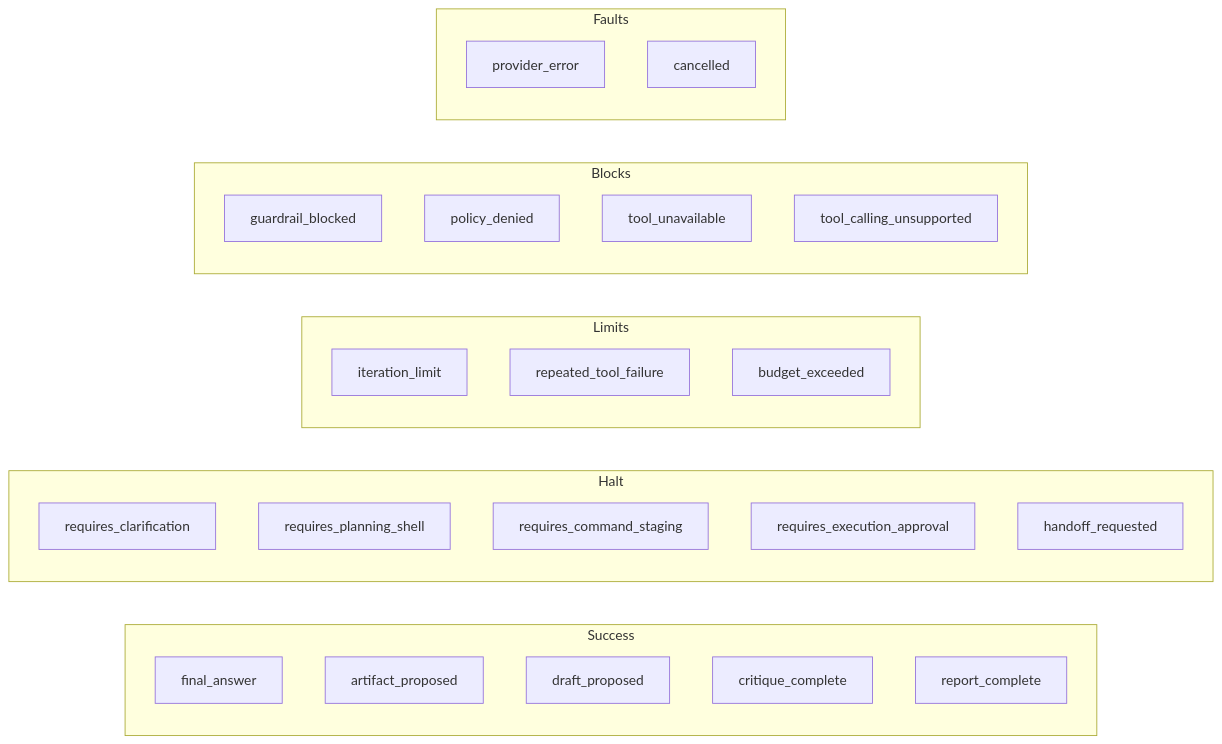
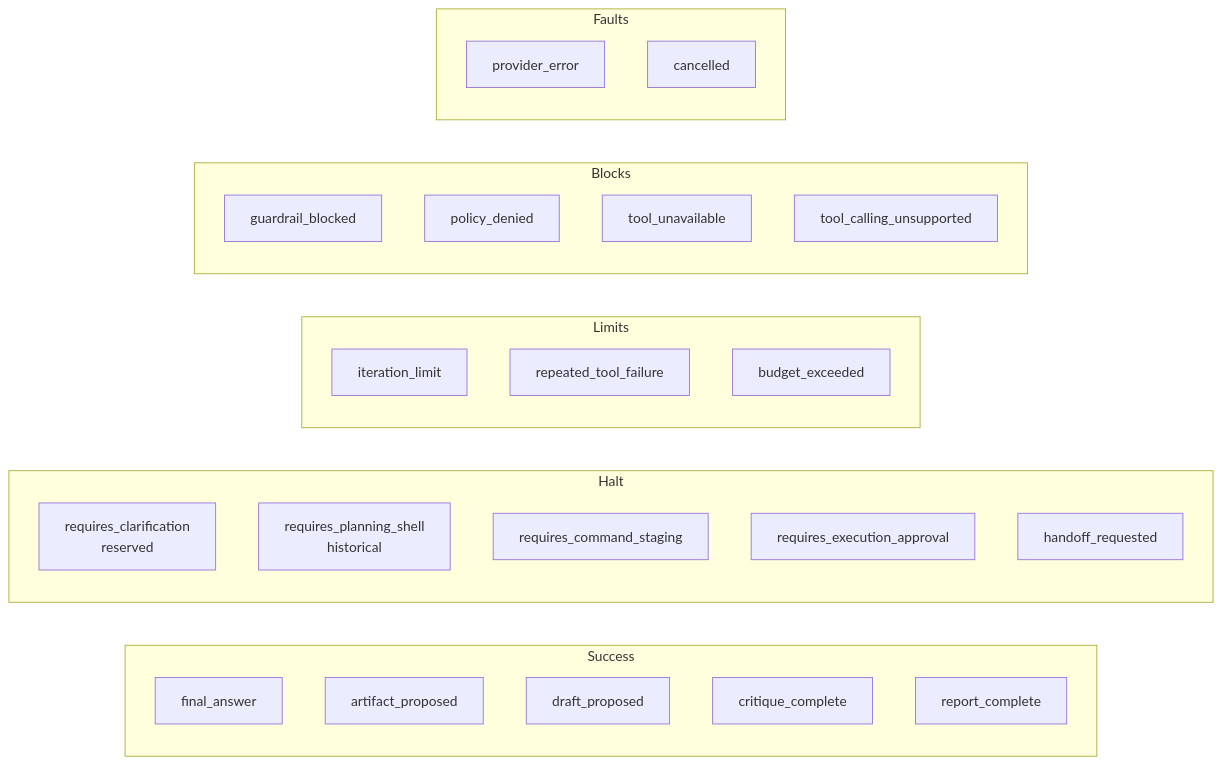
Before and after one commit to vardan6/uxv-agent: the fifth of 8 diagrams in docs/components/ai-agent/design/graph-spec.md, drawn with Mermaid. The commit also changed other lines of this file and 42 other files, not shown here.

````diff
--- a/docs/components/ai-agent/design/graph-spec.md
+++ b/docs/components/ai-agent/design/graph-spec.md
@@ -229,32 +221,32 @@
 ```mermaid
 flowchart LR
     subgraph Success
       FA[final_answer]
       AP[artifact_proposed]
       DP[draft_proposed]
       CC[critique_complete]
       RC[report_complete]
     end
     subgraph Halt
-      RQ[requires_clarification]
-      RPS[requires_planning_shell]
+      RQ[requires_clarification<br/>reserved]
+      RPS[requires_planning_shell<br/>historical]
       RCS[requires_command_staging]
       REA[requires_execution_approval]
       HR[handoff_requested]
     end
     subgraph Limits
       IL[iteration_limit]
       RTF[repeated_tool_failure]
       BE[budget_exceeded]
     end
     subgraph Blocks
       GB[guardrail_blocked]
       PD[policy_denied]
       TU[tool_unavailable]
       TCU[tool_calling_unsupported]
     end
     subgraph Faults
       PE[provider_error]
       CX[cancelled]
     end
 ```
````
